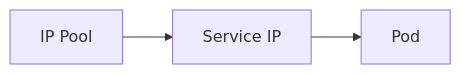
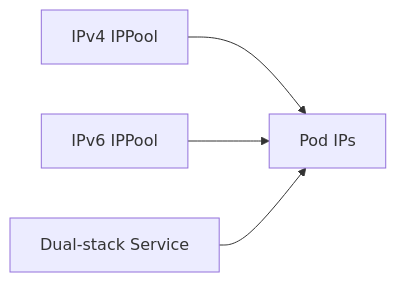
Before and after one commit to OneUptime/blog: the diagram in posts/2026-03-13-troubleshoot-dual-stack-ipv6-calico/README.md, drawn with Mermaid. The commit also changed other lines of this file and 2 other files, not shown here.

Commit message:
validate: 2026-03-13-troubleshoot-dual-stack-ipv6-calico

````diff
--- a/posts/2026-03-13-troubleshoot-dual-stack-ipv6-calico/README.md
+++ b/posts/2026-03-13-troubleshoot-dual-stack-ipv6-calico/README.md
@@ -49,5 +59,6 @@
 ```mermaid
 graph LR
-    POOL[IP Pool] --> SERVICE[Service IP]
-    SERVICE --> POD[Pod]
+    IPV4[IPv4 IPPool] --> POD[Pod IPs]
+    IPV6[IPv6 IPPool] --> POD
+    SERVICE[Dual-stack Service] --> POD
 ```
````
